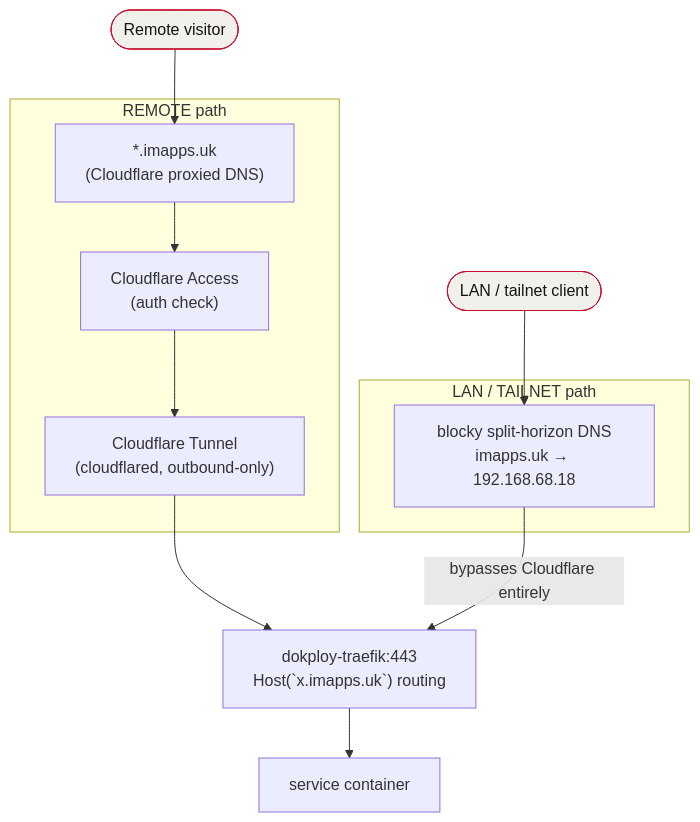
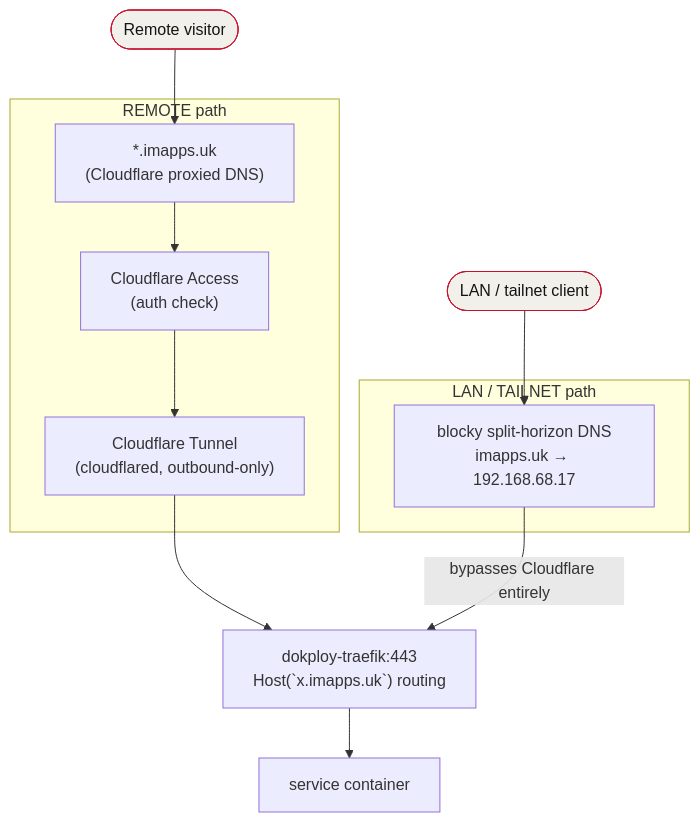
Before and after one commit to igor-siergiej/foundry: the diagram in docs/homelab.md, drawn with Mermaid. The commit also changed other lines of this file, not shown here.

````diff
--- a/docs/homelab.md
+++ b/docs/homelab.md
@@ -23,24 +25,24 @@
 ```mermaid
 flowchart TB
     remoteUser([Remote visitor]):::ext
     lanUser([LAN / tailnet client]):::ext
 
     subgraph remote["REMOTE path"]
         cfdns["*.imapps.uk<br/>(Cloudflare proxied DNS)"]
         access["Cloudflare Access<br/>(auth check)"]
         tunnel["Cloudflare Tunnel<br/>(cloudflared, outbound-only)"]
     end
 
     subgraph lan["LAN / TAILNET path"]
-        blocky["blocky split-horizon DNS<br/>imapps.uk → 192.168.68.18"]
+        blocky["blocky split-horizon DNS<br/>imapps.uk → 192.168.68.17"]
     end
 
     traefik["dokploy-traefik:443<br/>Host(`x.imapps.uk`) routing"]
     svc["service container"]
 
     remoteUser --> cfdns --> access --> tunnel --> traefik
     lanUser --> blocky -->|bypasses Cloudflare entirely| traefik
     traefik --> svc
 
     classDef ext fill:#f2f0ea,stroke:#c8102e,color:#141414;
 ```
````
